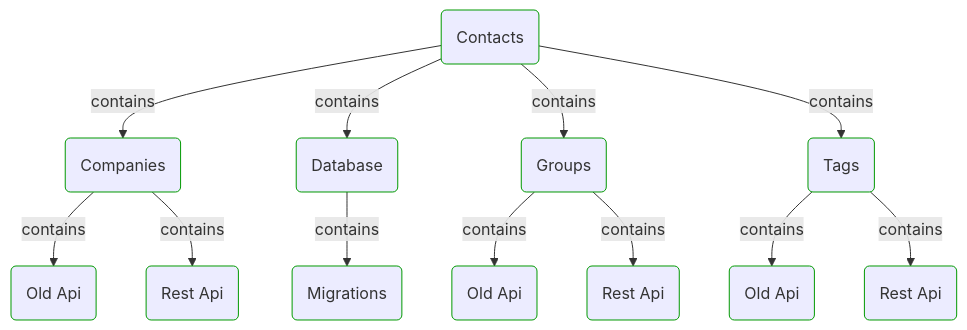
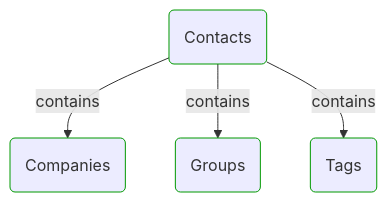
Before and after one commit to itlibrium/DDD-starter-dotnet: the first of 5 diagrams in Docs/P3/MermaidOutput/Domain/Concepts/DomainModules.md, drawn with Mermaid. The commit also changed other lines of this file and 102 other files, not shown here.

````diff
--- a/Docs/P3/MermaidOutput/Domain/Concepts/DomainModules.md
+++ b/Docs/P3/MermaidOutput/Domain/Concepts/DomainModules.md
@@ -17,41 +17,17 @@
 ```mermaid
   flowchart TB
     0(Contacts)
     class 0 DomainPerspective
     1(Companies)
     class 1 DomainPerspective
     0-->|contains|1
-    2(Old Api)
+    2(Groups)
     class 2 DomainPerspective
-    1-->|contains|2
-    3(Rest Api)
+    0-->|contains|2
+    3(Tags)
     class 3 DomainPerspective
-    1-->|contains|3
-    4(Database)
-    class 4 DomainPerspective
-    0-->|contains|4
-    5(Migrations)
-    class 5 DomainPerspective
-    4-->|contains|5
-    6(Groups)
-    class 6 DomainPerspective
-    0-->|contains|6
-    7(Old Api)
-    class 7 DomainPerspective
-    6-->|contains|7
-    8(Rest Api)
-    class 8 DomainPerspective
-    6-->|contains|8
-    9(Tags)
-    class 9 DomainPerspective
-    0-->|contains|9
-    10(Old Api)
-    class 10 DomainPerspective
-    9-->|contains|10
-    11(Rest Api)
-    class 11 DomainPerspective
-    9-->|contains|11
+    0-->|contains|3
     classDef DomainPerspective stroke:#009900
     classDef TechnologyPerspective stroke:#1F41EB
     classDef PeoplePerspective stroke:#FFF014
 ```
````
